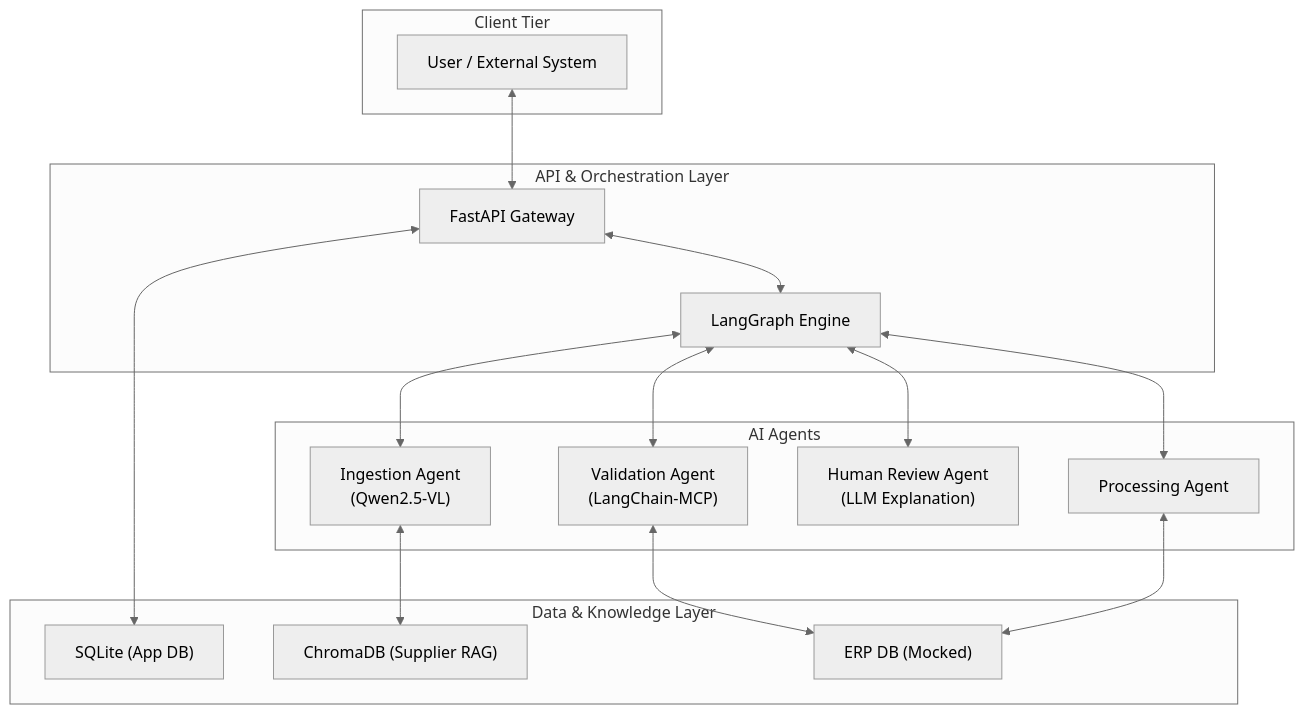
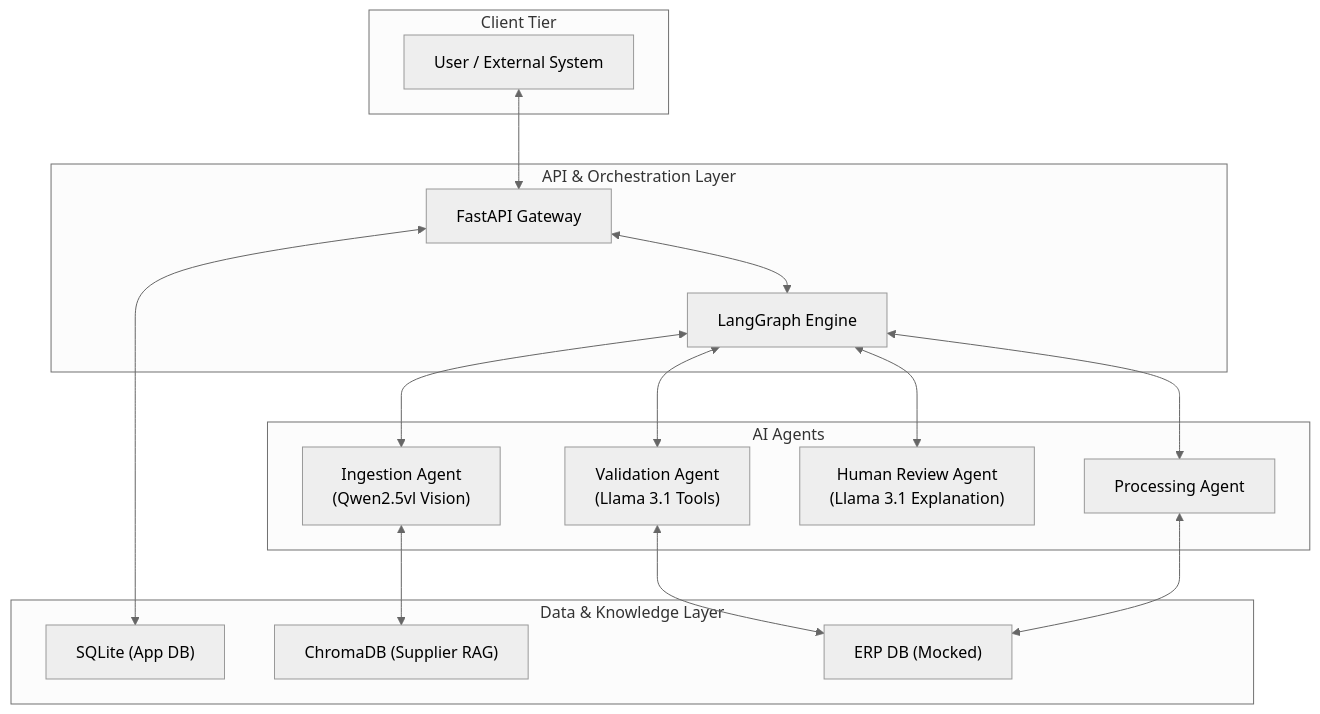
The first of 4 diagrams in README.md (raghuramr-jpg/einvoice-processing), drawn with Mermaid (neutral theme) before and after one commit. The commit also changed other lines of this file and 13 other files, not shown here.

Commit message:
feat: Introduce ingestion, validation, and human review agents with OCR, LLM extraction, and RAG capabilities, alongside new utility scripts and database files.

````diff
--- a/README.md
+++ b/README.md
@@ -9,32 +9,32 @@
 ```mermaid
 graph TB
     subgraph Client["Client Tier"]
         UI["User / External System"]
     end
 
     subgraph API["API & Orchestration Layer"]
         GW["FastAPI Gateway"]
         LG["LangGraph Engine"]
     end
 
     subgraph Agents["AI Agents"]
-        ING["Ingestion Agent\n(Qwen2.5-VL)"]
-        VAL["Validation Agent\n(LangChain-MCP)"]
-        HRA["Human Review Agent\n(LLM Explanation)"]
+        ING["Ingestion Agent\n(Qwen2.5vl Vision)"]
+        VAL["Validation Agent\n(Llama 3.1 Tools)"]
+        HRA["Human Review Agent\n(Llama 3.1 Explanation)"]
         PROC["Processing Agent"]
     end
 
     subgraph Storage["Data & Knowledge Layer"]
         ADB["SQLite (App DB)"]
         RAG["ChromaDB (Supplier RAG)"]
         EDB["ERP DB (Mocked)"]
     end
 
     UI <--> GW
     GW <--> LG
     LG <--> ING & VAL & HRA & PROC
     ING <--> RAG
     VAL <--> EDB
     PROC <--> EDB
     GW <--> ADB
 ```
````
